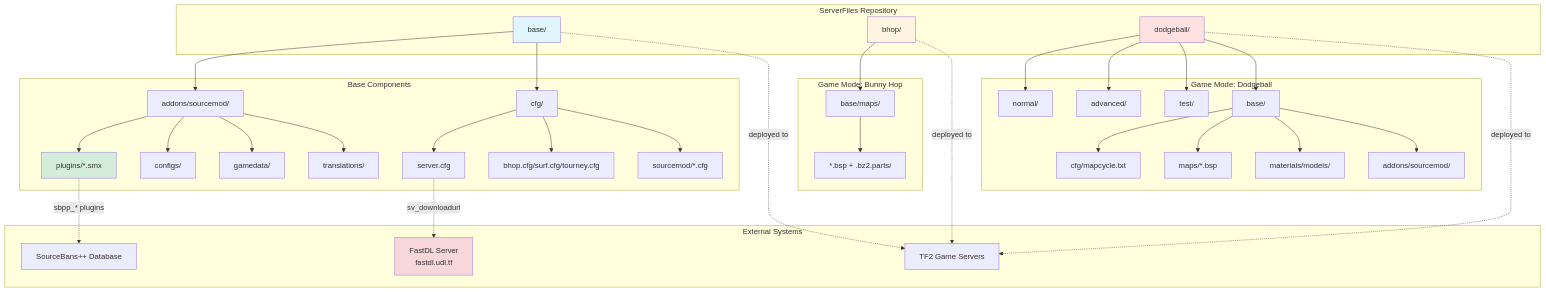
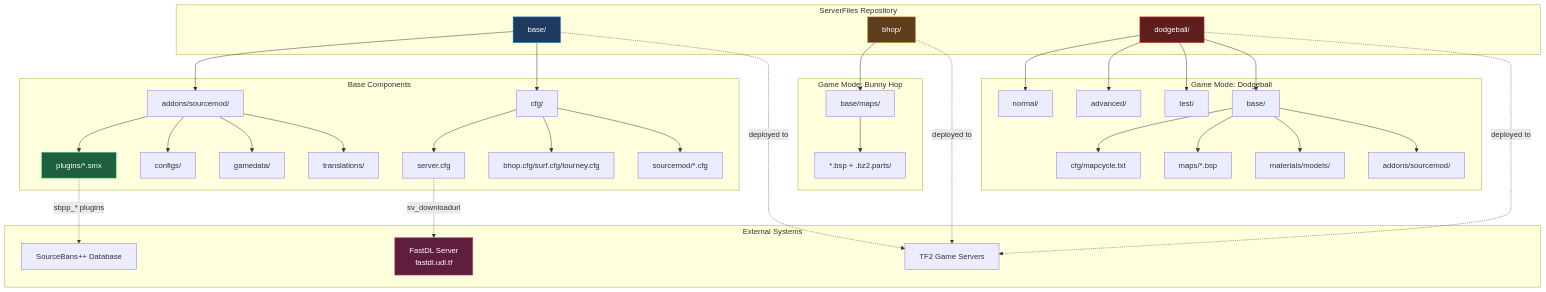
One commit to UDL-TF/ServerFiles changed the first of 3 diagrams in README.md. Above: the diagram before and after it, drawn with Mermaid. The commit also changed other lines of this file, not shown here.

Commit message:
style: update color styles for diagram elements in README.md

````diff
--- a/README.md
+++ b/README.md
@@ -24,54 +24,54 @@
 ```mermaid
 graph TB
     subgraph "ServerFiles Repository"
         BASE[base/]
         BHOP[bhop/]
         DB[dodgeball/]
     end
     
     subgraph "Base Components"
         BASE --> ADDONS[addons/sourcemod/]
         BASE --> CFG[cfg/]
         ADDONS --> PLUGINS[plugins/*.smx]
         ADDONS --> CONFIGS[configs/]
         ADDONS --> GAMEDATA[gamedata/]
         ADDONS --> TRANSLATIONS[translations/]
         CFG --> SERVERCFG[server.cfg]
         CFG --> MODECFG[bhop.cfg/surf.cfg/tourney.cfg]
         CFG --> SMCFG[sourcemod/*.cfg]
     end
     
     subgraph "Game Mode: Bunny Hop"
         BHOP --> BHOP_BASE[base/maps/]
         BHOP_BASE --> BHOP_MAPS[*.bsp + .bz2.parts/]
     end
     
     subgraph "Game Mode: Dodgeball"
         DB --> DB_NORMAL[normal/]
         DB --> DB_ADVANCED[advanced/]
         DB --> DB_TEST[test/]
         DB --> DB_BASE[base/]
         DB_BASE --> DB_CFG[cfg/mapcycle.txt]
         DB_BASE --> DB_MAPS[maps/*.bsp]
         DB_BASE --> DB_MATERIALS[materials/models/]
         DB_BASE --> DB_PLUGINS[addons/sourcemod/]
     end
     
     subgraph "External Systems"
         FASTDL[FastDL Server<br/>fastdl.udl.tf]
         GAMESERVERS[TF2 Game Servers]
         SOURCEBANS[SourceBans++ Database]
     end
     
     SERVERCFG -.->|sv_downloadurl| FASTDL
     PLUGINS -.->|sbpp_* plugins| SOURCEBANS
     BASE -.->|deployed to| GAMESERVERS
     BHOP -.->|deployed to| GAMESERVERS
     DB -.->|deployed to| GAMESERVERS
     
-    style BASE fill:#e1f5ff
-    style BHOP fill:#fff4e1
-    style DB fill:#ffe1e1
-    style PLUGINS fill:#d4edda
-    style FASTDL fill:#f8d7da
+    style BASE fill:#1e3a5f,stroke:#4a90e2,color:#ffffff
+    style BHOP fill:#5f3e1e,stroke:#e2a04a,color:#ffffff
+    style DB fill:#5f1e1e,stroke:#e24a4a,color:#ffffff
+    style PLUGINS fill:#1e5f3e,stroke:#4ae27a,color:#ffffff
+    style FASTDL fill:#5f1e3e,stroke:#e24a7a,color:#ffffff
 ```
````
